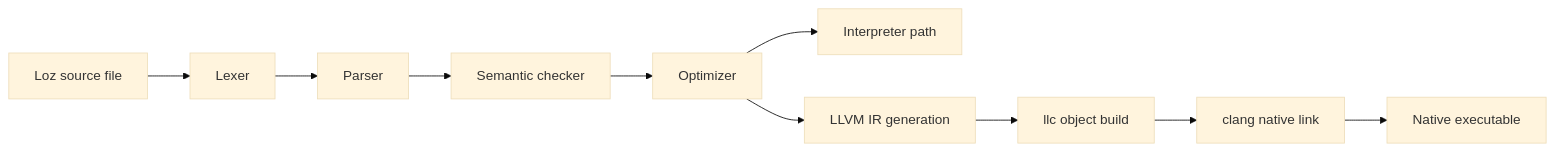
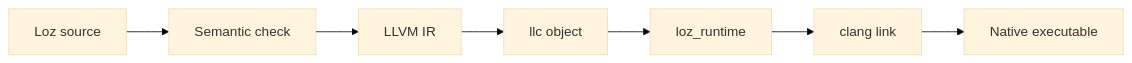
The second of 2 diagrams in README.md (Elnubi7/loz-lang), drawn with Mermaid (base theme) before and after one commit. The commit also changed other lines of this file, not shown here.

````diff
--- a/README.md
+++ b/README.md
@@ -144,12 +480,9 @@
 ```mermaid
 flowchart LR
-    A[Loz source file] --> B[Lexer]
-    B --> C[Parser]
-    C --> D[Semantic checker]
-    D --> E[Optimizer]
-    E --> F[Interpreter path]
-    E --> G[LLVM IR generation]
-    G --> H[llc object build]
-    H --> I[clang native link]
-    I --> J[Native executable]
+    A["Loz source"] --> B["Semantic check"]
+    B --> C["LLVM IR"]
+    C --> D["llc object"]
+    D --> E["loz_runtime"]
+    E --> F["clang link"]
+    F --> G["Native executable"]
 ```
````
